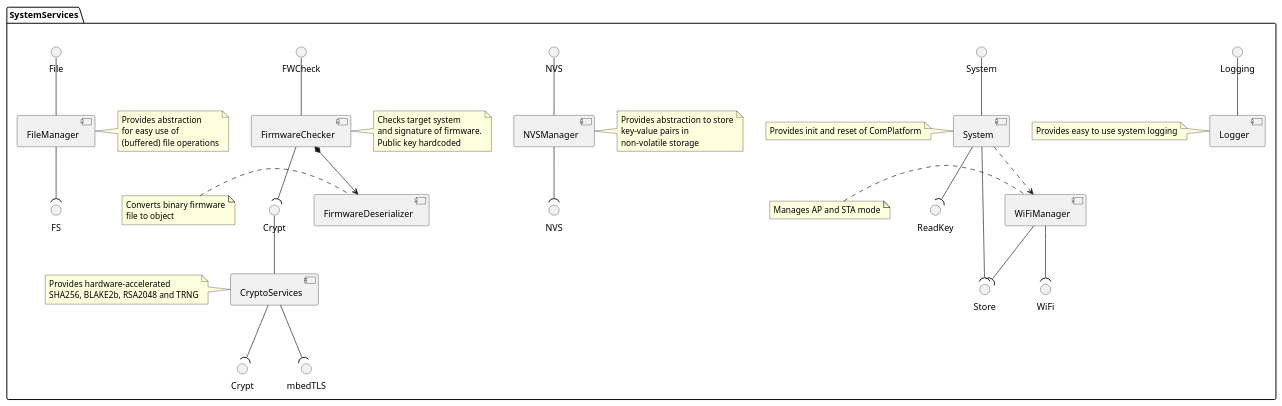
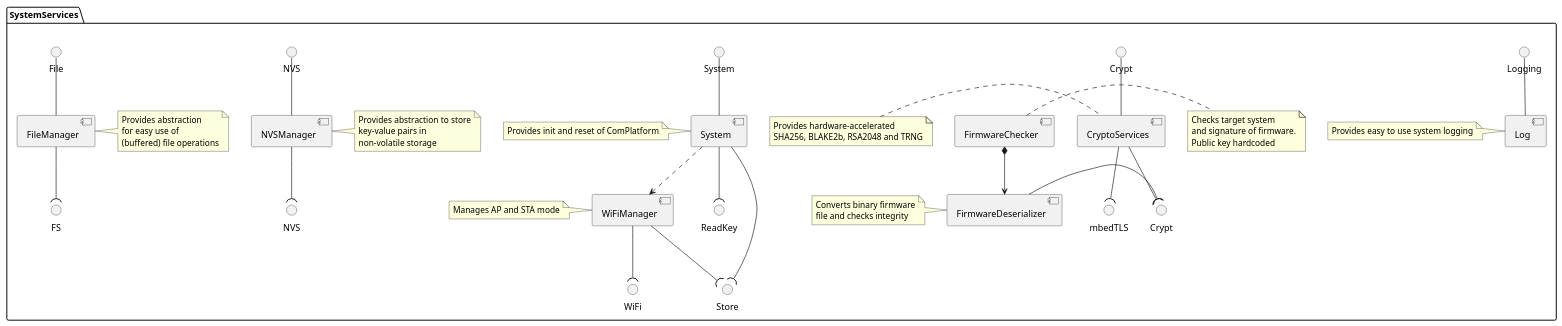
One commit to NewTec-GmbH/ZumoComSystem changed the diagram in doc/architecture/server/05_SystemServices.plantuml. Above: the diagram before and after it, drawn with PlantUML. The commit also changed 7 other files, not shown here.

Commit message:
refactor(server): Update architecture and design diagrams #63

```diff
--- a/doc/architecture/server/05_SystemServices.plantuml
+++ b/doc/architecture/server/05_SystemServices.plantuml
@@ -1,56 +1,54 @@
 @startuml
 package SystemServices {
     interface "Crypt" as crypthal
     interface "mbedTLS" as mbedtlshal
     interface "NVS" as nvshal
     interface "FS" as fshal
     interface "ReadKey" as readkey
     interface "WiFi" as wifihal
     interface "Store" as store
     interface "System" as systemhal
 
-    interface "FWCheck" as FWCheck
     interface "File" as File
     interface "Crypt" as Crypt
     interface "NVS" as nvs
     interface "Logging" as Logging
 
     component "System" as initcom
     component "FirmwareChecker" as firmwarecheck
     component "FirmwareDeserializer" as fwdeserializer
     component "CryptoServices" as cryptoservices
     component "FileManager" as filemanager
     component "NVSManager" as nvsmanager
     component "WiFiManager" as wifilayerhal
-    component "Logger" as logger
+    component "Log" as logger
 
     note left of cryptoservices : Provides hardware-accelerated\nSHA256, BLAKE2b, RSA2048 and TRNG
-    note left of fwdeserializer : Converts binary firmware\nfile to object
+    note left of fwdeserializer : Converts binary firmware\nfile and checks integrity
     note right of firmwarecheck : Checks target system\nand signature of firmware.\nPublic key hardcoded
     note right of filemanager : Provides abstraction\nfor easy use of\n(buffered) file operations
     note right of nvsmanager : Provides abstraction to store\nkey-value pairs in\nnon-volatile storage
     note left of initcom : Provides init and reset of ComPlatform
     note left of wifilayerhal: Manages AP and STA mode
     note left of logger: Provides easy to use system logging
 
     filemanager -up- File
-    firmwarecheck -up- FWCheck
     cryptoservices -up- Crypt
     nvsmanager -up- nvs
     initcom -up- systemhal
     logger -up- Logging
 
     initcom ..> wifilayerhal
     firmwarecheck *--> fwdeserializer
 
-    firmwarecheck -down-(Crypt
+    fwdeserializer -down(crypthal
     nvsmanager -down-(nvshal
     filemanager -down-(fshal
     initcom -down-(readkey
     initcom -down-(store
     wifilayerhal -down-(wifihal
     wifilayerhal -down-(store
     cryptoservices -down-(crypthal
     cryptoservices -down-(mbedtlshal
 }
 @enduml
```
